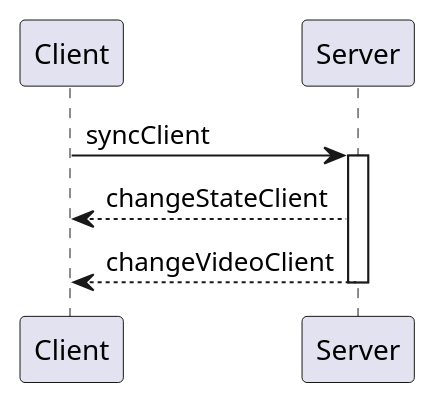
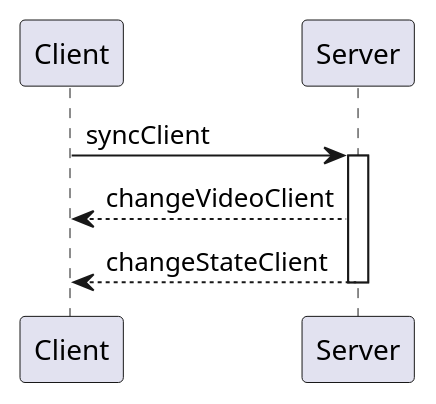
One commit to Dragicafit/Anime-Watch-Parties changed the diagram in wiki/resource/syncClient.puml. Above: the diagram before and after it, drawn with PlantUML. The commit also changed other lines of this file and 3 other files, not shown here.

```diff
--- a/wiki/resource/syncClient.puml
+++ b/wiki/resource/syncClient.puml
@@ -1,9 +1,9 @@
 @startuml syncClient
 
 Client -> Server: syncClient
 activate Server
+Client <-- Server: changeVideoClient
 Client <-- Server: changeStateClient
-Client <-- Server: changeVideoClient
 deactivate Server
 
 @enduml
```
